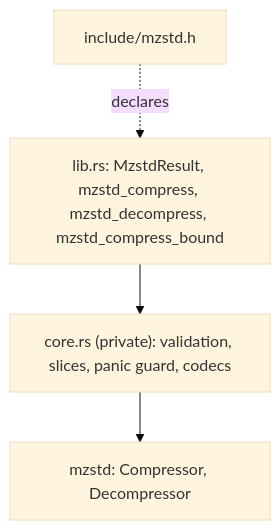
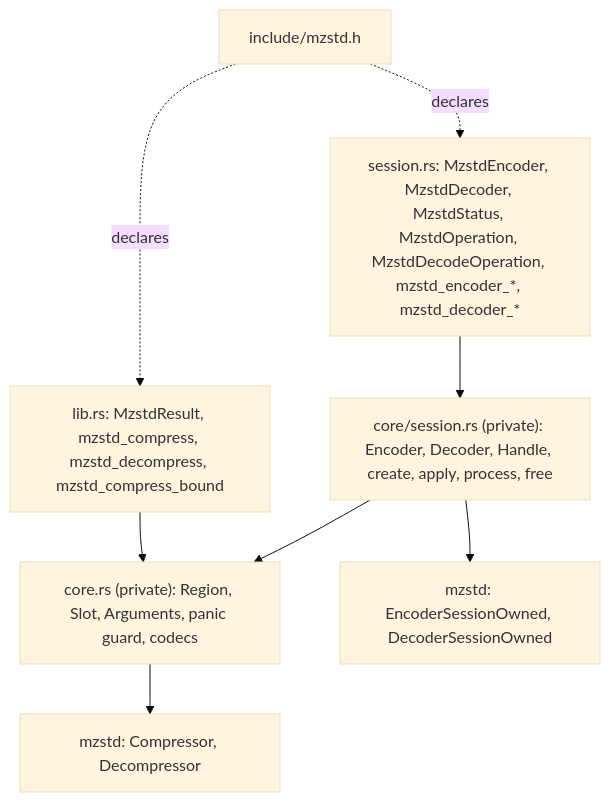
One commit to M-Compressors/mzstd changed the first of 6 diagrams in architecture/c-abi.md. Above: the diagram before and after it, drawn with Mermaid (base theme). The commit also changed other lines of this file and 369 other files, not shown here.

````diff
--- a/architecture/c-abi.md
+++ b/architecture/c-abi.md
@@ -10,6 +11,10 @@
 ```mermaid
 graph TD
     Header[include/mzstd.h] -.declares.-> Lib
-    Lib["lib.rs: MzstdResult, mzstd_compress, mzstd_decompress, mzstd_compress_bound"] --> Core["core.rs (private): validation, slices, panic guard, codecs"]
+    Header -.declares.-> Session
+    Lib["lib.rs: MzstdResult, mzstd_compress, mzstd_decompress, mzstd_compress_bound"] --> Core["core.rs (private): Region, Slot, Arguments, panic guard, codecs"]
+    Session["session.rs: MzstdEncoder, MzstdDecoder, MzstdStatus, MzstdOperation, MzstdDecodeOperation, mzstd_encoder_*, mzstd_decoder_*"] --> CoreSession["core/session.rs (private): Encoder, Decoder, Handle, create, apply, process, free"]
+    CoreSession --> Core
     Core --> Mzstd[mzstd: Compressor, Decompressor]
+    CoreSession --> Owned[mzstd: EncoderSessionOwned, DecoderSessionOwned]
 ```
````
